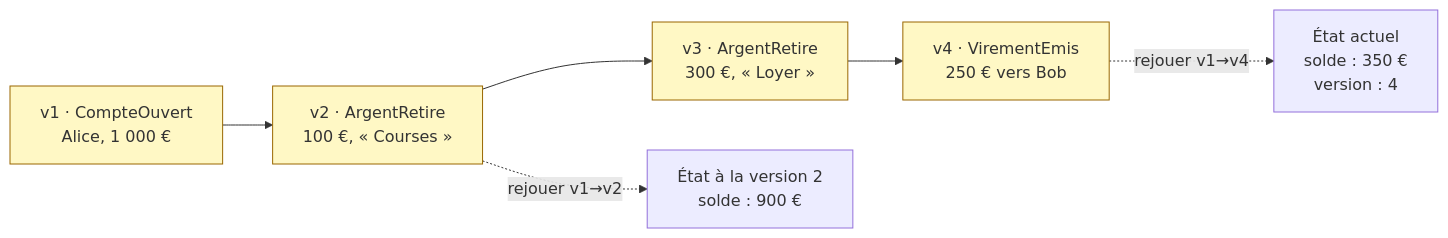
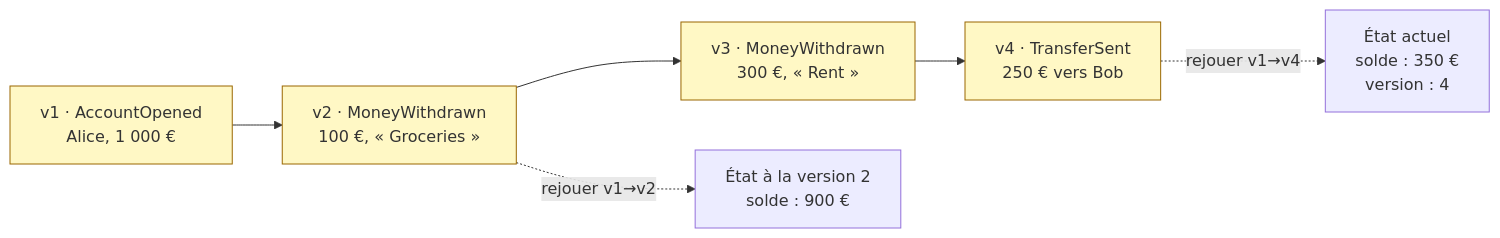
Before and after one commit to drangoht/ArchitecturesDemo: the first of 4 diagrams in Docs/10-event-sourcing.md, drawn with Mermaid. The commit also changed other lines of this file and 70 other files, not shown here.

Commit message:
Docs FR : identifiants, liens, diagrammes et sorties alignés sur le code anglais

````diff
--- a/Docs/10-event-sourcing.md
+++ b/Docs/10-event-sourcing.md
@@ -16,11 +16,11 @@
 ```mermaid
 flowchart LR
-    E1["v1 · CompteOuvert<br/>Alice, 1 000 €"] --> E2["v2 · ArgentRetire<br/>100 €, « Courses »"]
-    E2 --> E3["v3 · ArgentRetire<br/>300 €, « Loyer »"]
-    E3 --> E4["v4 · VirementEmis<br/>250 € vers Bob"]
+    E1["v1 · AccountOpened<br/>Alice, 1 000 €"] --> E2["v2 · MoneyWithdrawn<br/>100 €, « Groceries »"]
+    E2 --> E3["v3 · MoneyWithdrawn<br/>300 €, « Rent »"]
+    E3 --> E4["v4 · TransferSent<br/>250 € vers Bob"]
     E4 -. "rejouer v1→v4" .-> S["État actuel<br/>solde : 350 €<br/>version : 4"]
     E2 -. "rejouer v1→v2" .-> T["État à la version 2<br/>solde : 900 €"]
 
     classDef evt fill:#fff8c5,stroke:#9a6700
     class E1,E2,E3,E4 evt
 ```
````
